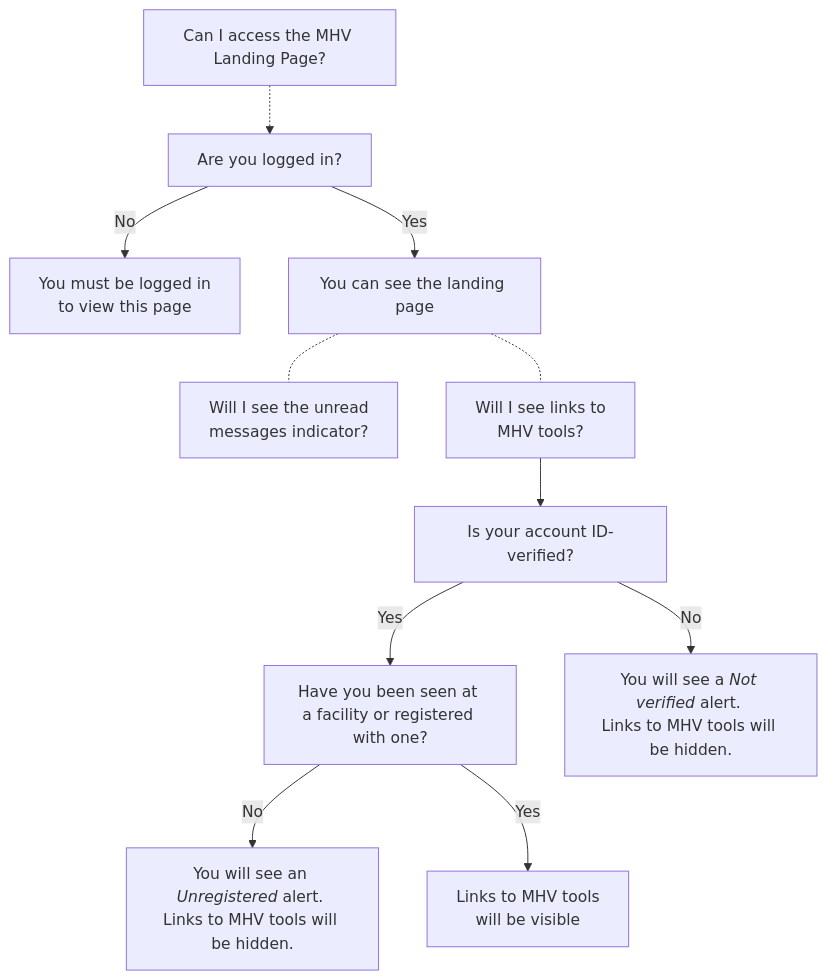
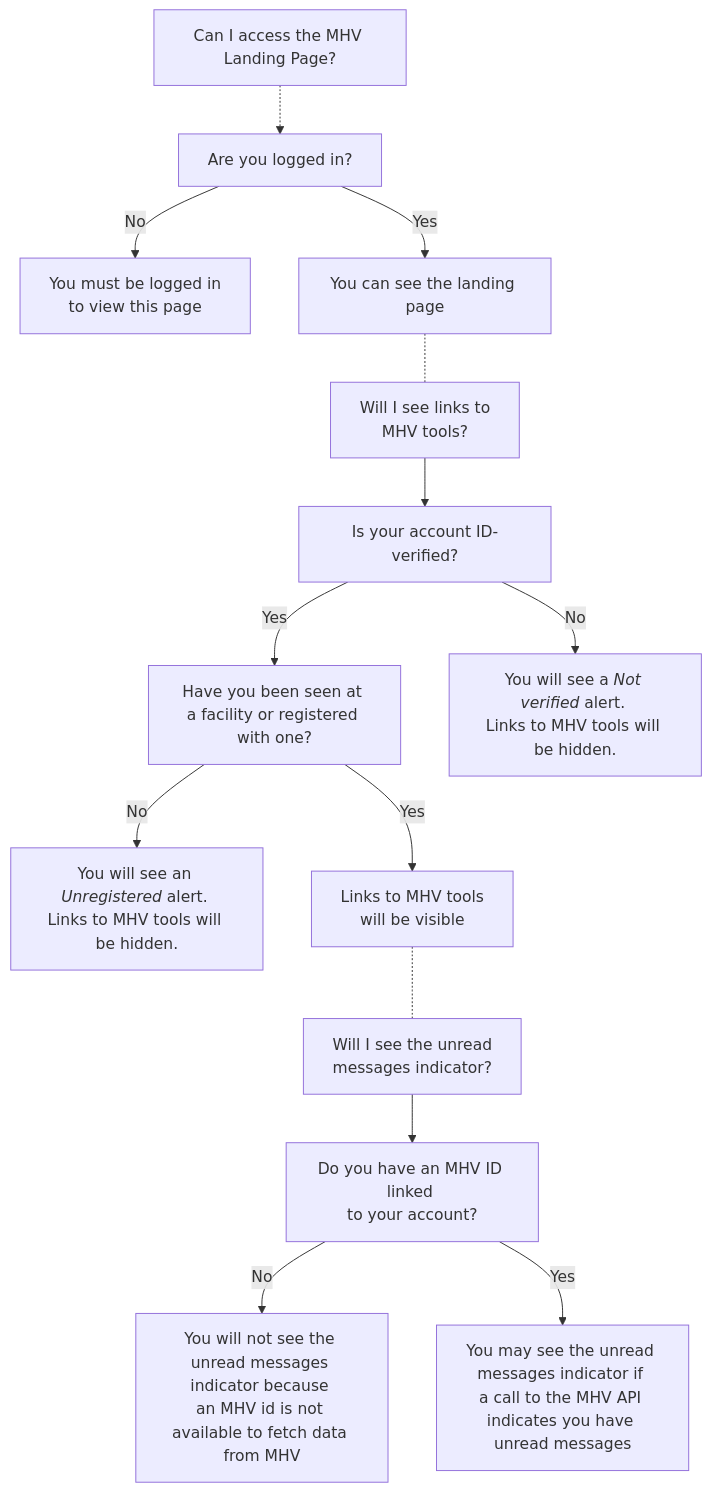
The first of 3 diagrams in products/health-care/digital-health-modernization/engineering/mhv-access-visibility-graphs.md (department-of-veterans-affairs/va.gov-team), drawn with Mermaid before and after one commit. The commit also changed other lines of this file, not shown here.

First line of the commit message:
Update mhv-access-visibility-graphs.md

````diff
--- a/products/health-care/digital-health-modernization/engineering/mhv-access-visibility-graphs.md
+++ b/products/health-care/digital-health-modernization/engineering/mhv-access-visibility-graphs.md
@@ -16,26 +16,32 @@
 ```mermaid
 graph TD
 
 MHVLanding.AccessQ[Can I access the MHV Landing Page?]
 MHVLanding.LoggedInQ[Are you logged in?]
 MHVLanding.AuthReq[You must be logged in <br>to view this page]
 MHVLanding.Viewable[You can see the landing page]
 MHVLanding.MessagesDotQ[Will I see the unread <br>messages indicator?]
 MHVLanding.ToolLinksQ[Will I see links to <br>MHV tools?]
 MHVLanding.FacilitiesQ[Have you been seen at <br>a facility or registered with one?]
 MHVLanding.IdVerifiedQ[Is your account ID-verified?]
+MHVLanding.LinkedMHVIdQ[Do you have an MHV ID linked <br>to your account?]
 MHVLanding.ShowUnverified[You will see a <i>Not verified</i> alert. <br>Links to MHV tools will be hidden.]
 MHVLanding.ShowUnregistered[You will see an <i>Unregistered</i> alert. <br>Links to MHV tools will be hidden.]
 MHVLanding.ToolLinksVisible[Links to MHV tools <br>will be visible]
+MHVLanding.MessagesDotUnavailable[You will not see the unread messages indicator because <br>an MHV id is not available to fetch data from MHV]
+MHVLanding.MessagesDotAvailable[You may see the unread messages indicator if <br>a call to the MHV API indicates you have unread messages]
 
 MHVLanding.AccessQ -.-> MHVLanding.LoggedInQ
 MHVLanding.LoggedInQ -->|No| MHVLanding.AuthReq
 MHVLanding.LoggedInQ -->|Yes| MHVLanding.Viewable
-MHVLanding.Viewable -.- MHVLanding.MessagesDotQ
 MHVLanding.Viewable -.- MHVLanding.ToolLinksQ
 MHVLanding.ToolLinksQ --> MHVLanding.IdVerifiedQ
 MHVLanding.IdVerifiedQ -->|No| MHVLanding.ShowUnverified
 MHVLanding.IdVerifiedQ -->|Yes| MHVLanding.FacilitiesQ
 MHVLanding.FacilitiesQ -->|No| MHVLanding.ShowUnregistered
 MHVLanding.FacilitiesQ -->|Yes| MHVLanding.ToolLinksVisible
+MHVLanding.ToolLinksVisible -.- MHVLanding.MessagesDotQ
+MHVLanding.MessagesDotQ --> MHVLanding.LinkedMHVIdQ
+MHVLanding.LinkedMHVIdQ --> |No| MHVLanding.MessagesDotUnavailable
+MHVLanding.LinkedMHVIdQ --> |Yes| MHVLanding.MessagesDotAvailable
 ```
````
